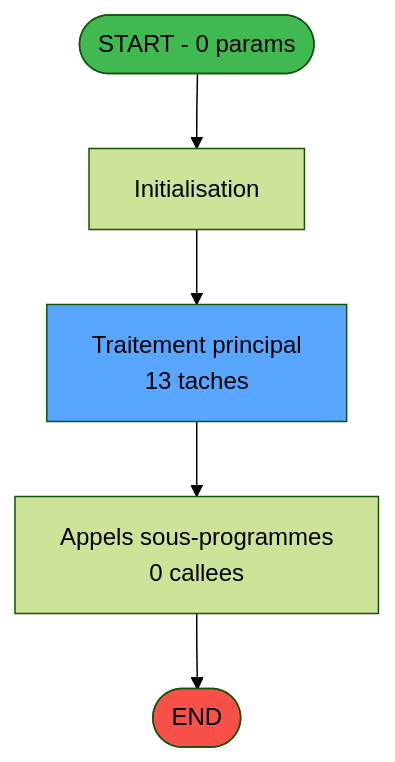
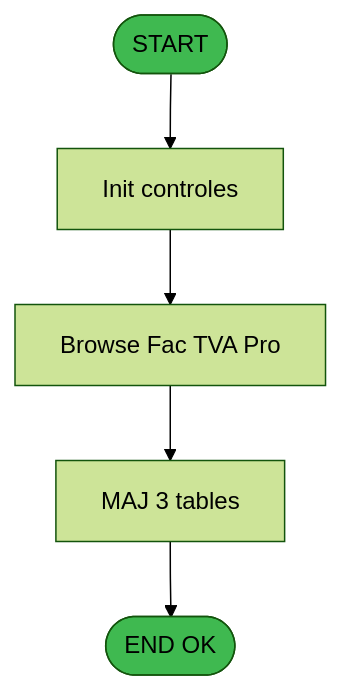
One commit to thonyAGP/magic-migration changed the second of 4 diagrams in .openspec/specs/ADH-IDE-54.md. Above: the diagram before and after it, drawn with Mermaid (forest theme). The commit also changed other lines of this file and 253 other files, not shown here.

````diff
--- a/.openspec/specs/ADH-IDE-54.md
+++ b/.openspec/specs/ADH-IDE-54.md
@@ -89,14 +1247,14 @@
 ```mermaid
 flowchart TD
-    START([START - 0 params])
-    INIT["Initialisation"]
-    PROCESS["Traitement principal<br/>13 taches"]
-    CALLS["Appels sous-programmes<br/>0 callees"]
-    ENDOK([END])
+    START([START])
+    INIT[Init controles]
+    SAISIE[Browse Fac TVA Pro]
+    UPDATE[MAJ 3 tables]
+    ENDOK([END OK])
 
-    START --> INIT --> PROCESS --> CALLS --> ENDOK
+    START --> INIT --> SAISIE
+    SAISIE --> UPDATE --> ENDOK
 
-    style START fill:#3fb950
-    style ENDOK fill:#f85149
-    style PROCESS fill:#58a6ff
+    style START fill:#3fb950,color:#000
+    style ENDOK fill:#3fb950,color:#000
 ```
````
